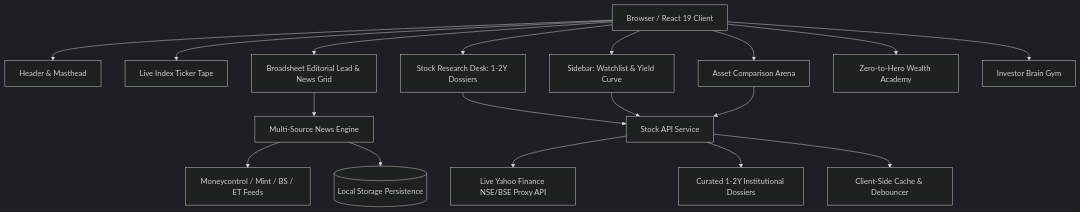
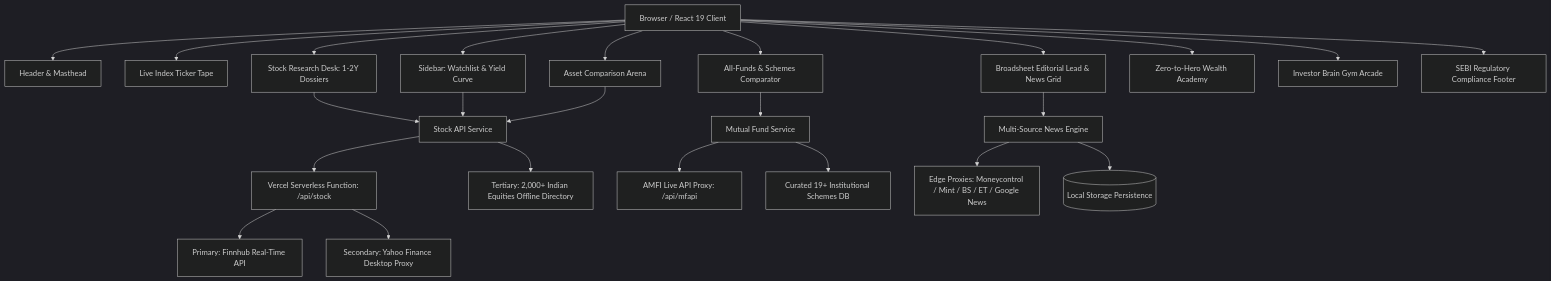
Before and after one commit to dhairya711/the-market-deck: the diagram in README.md, drawn with Mermaid (dark theme). The commit also changed other lines of this file, not shown here.

Commit message:
docs: elevate README with architecture diagram, SEBI compliance, and builder credit

````diff
--- a/README.md
+++ b/README.md
@@ -113,23 +114,30 @@
 ```mermaid
 graph TD
     Client[Browser / React 19 Client] --> Header[Header & Masthead]
     Client --> LiveTape[Live Index Ticker Tape]
     Client --> Broadsheet[Broadsheet Editorial Lead & News Grid]
     Client --> Sidebar[Sidebar: Watchlist & Yield Curve]
     Client --> ResearchDesk[Stock Research Desk: 1-2Y Dossiers]
     Client --> Arena[Asset Comparison Arena]
+    Client --> FundsComparator[All-Funds & Schemes Comparator]
     Client --> Academy[Zero-to-Hero Wealth Academy]
-    Client --> BrainGym[Investor Brain Gym]
-    
+    Client --> BrainGym[Investor Brain Gym Arcade]
+    Client --> Footer[SEBI Regulatory Compliance Footer]
+
     ResearchDesk --> StockAPI[Stock API Service]
     Sidebar --> StockAPI
     Arena --> StockAPI
     
-    StockAPI --> LiveNSE[Live Yahoo Finance NSE/BSE Proxy API]
-    StockAPI --> CuratedDB[Curated 1-2Y Institutional Dossiers]
-    StockAPI --> SearchCache[Client-Side Cache & Debouncer]
-    
+    StockAPI --> ServerlessGateway[Vercel Serverless Function: /api/stock]
+    ServerlessGateway --> Finnhub[Primary: Finnhub Real-Time API]
+    ServerlessGateway --> YahooProxy[Secondary: Yahoo Finance Desktop Proxy]
+    StockAPI --> CuratedDirectory[Tertiary: 2,000+ Indian Equities Offline Directory]
+
+    FundsComparator --> MFService[Mutual Fund Service]
+    MFService --> AMFIProxy[AMFI Live API Proxy: /api/mfapi]
+    MFService --> CuratedFunds[Curated 19+ Institutional Schemes DB]
+
     Broadsheet --> NewsService[Multi-Source News Engine]
-    NewsService --> LiveRSS[Moneycontrol / Mint / BS / ET Feeds]
+    NewsService --> LiveRSS[Edge Proxies: Moneycontrol / Mint / BS / ET / Google News]
     NewsService --> LocalStorage[(Local Storage Persistence)]
 ```
````
